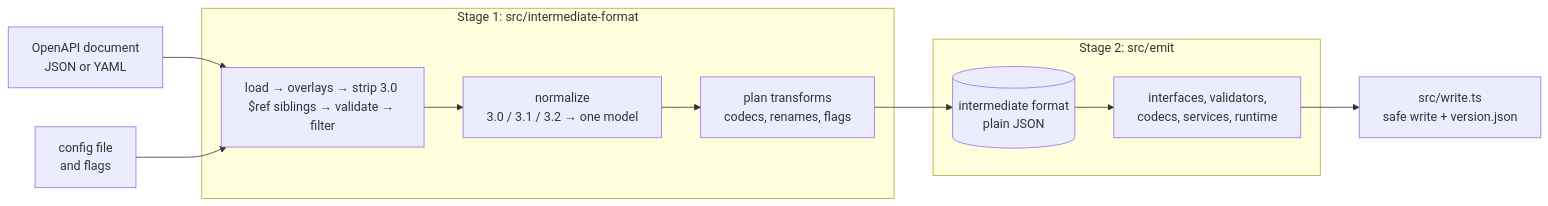
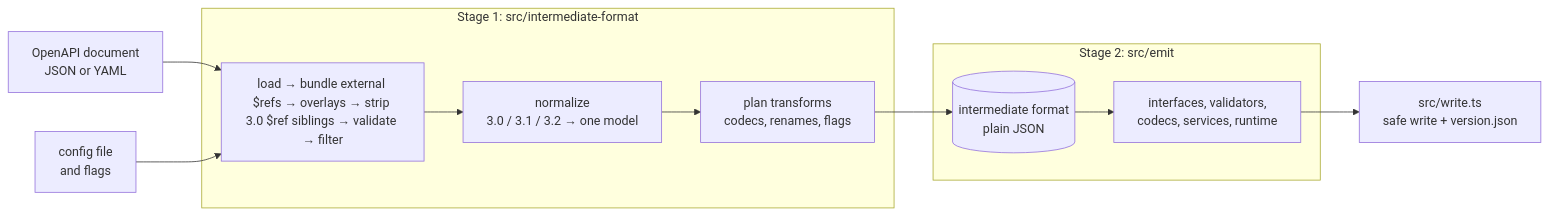
The diagram in ARCH.md (Mansi1/open-api-gen), drawn with Mermaid before and after one commit. The commit also changed other lines of this file and 18 other files, not shown here.

First line of the commit message:
feat(generator): bundle external $ref files

````diff
--- a/ARCH.md
+++ b/ARCH.md
@@ -5,14 +5,14 @@
 ```mermaid
 flowchart LR
   spec[OpenAPI document<br/>JSON or YAML] --> prepare
   config[config file<br/>and flags] --> prepare
   subgraph stage1 [Stage 1: src/intermediate-format]
-    prepare[load → overlays → strip 3.0 $ref siblings → validate → filter] --> normalize[normalize<br/>3.0 / 3.1 / 3.2 → one model]
+    prepare[load → bundle external $refs → overlays → strip 3.0 $ref siblings → validate → filter] --> normalize[normalize<br/>3.0 / 3.1 / 3.2 → one model]
     normalize --> plan[plan transforms<br/>codecs, renames, flags]
   end
   plan --> format[(intermediate format<br/>plain JSON)]
   subgraph stage2 [Stage 2: src/emit]
     format --> emit[interfaces, validators,<br/>codecs, services, runtime]
   end
   emit --> write[src/write.ts<br/>safe write + version.json]
 ```
````
